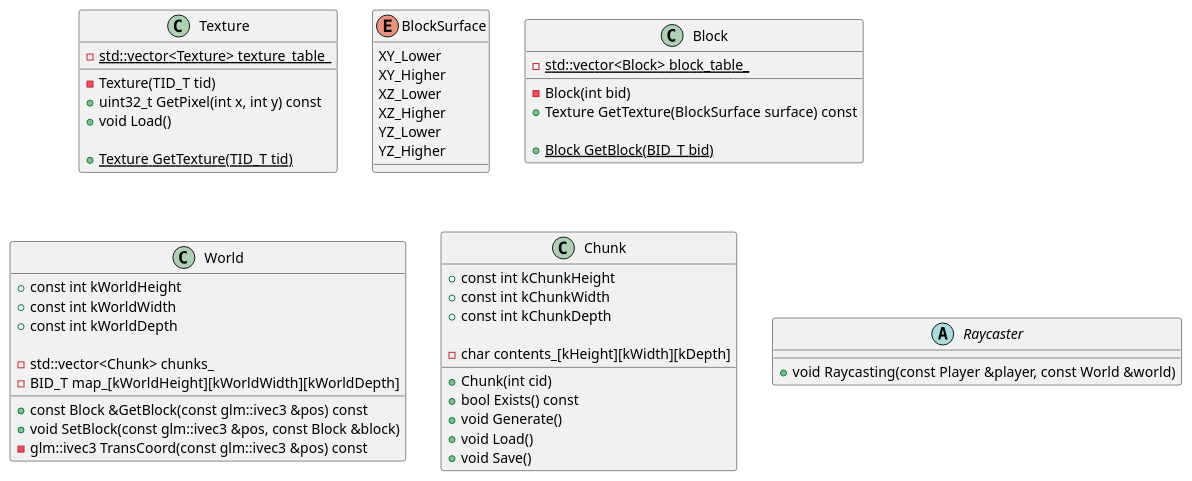
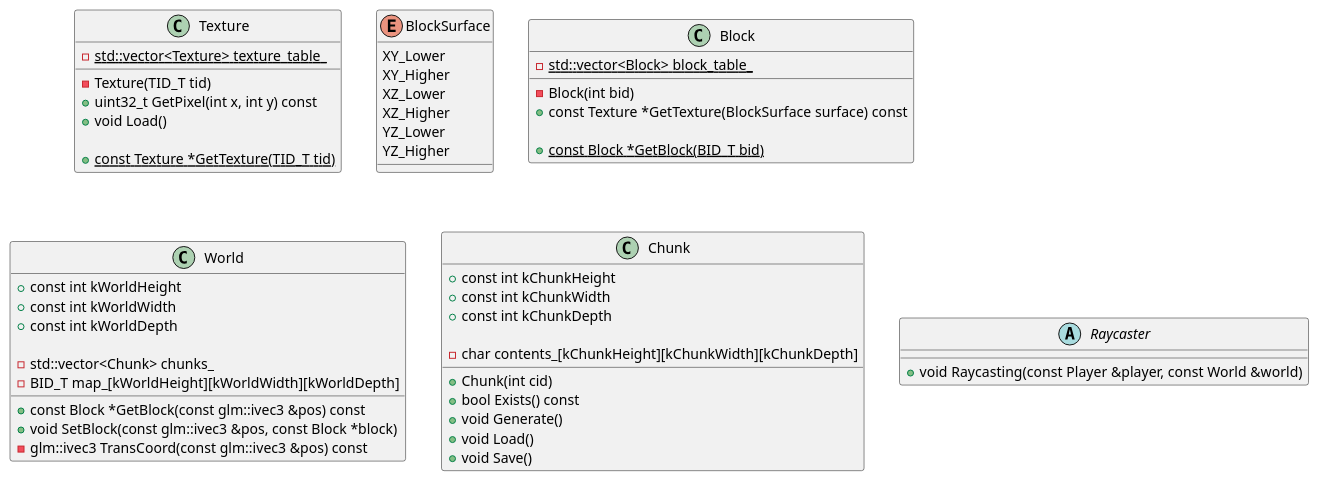
The diagram in ClassDiagram.puml (matajupi/Chibicraft), drawn with PlantUML before and after one commit.

Commit message:
checkout

```diff
--- a/ClassDiagram.puml
+++ b/ClassDiagram.puml
@@ -1,60 +1,59 @@
 @startuml
 
 class Texture {
     - {static} std::vector<Texture> texture_table_
 
     - Texture(TID_T tid)
     + uint32_t GetPixel(int x, int y) const
     + void Load()
 
-    + {static} Texture GetTexture(TID_T tid)
+    + {static} const Texture *GetTexture(TID_T tid)
 }
 
 enum BlockSurface {
     XY_Lower
     XY_Higher
     XZ_Lower
     XZ_Higher
     YZ_Lower
     YZ_Higher
 }
 class Block {
     - {static} std::vector<Block> block_table_
 
     - Block(int bid)
-    + Texture GetTexture(BlockSurface surface) const
+    + const Texture *GetTexture(BlockSurface surface) const
 
-    + {static} Block GetBlock(BID_T bid)
+    + {static} const Block *GetBlock(BID_T bid)
 }
 
 class World {
     + const int kWorldHeight
     + const int kWorldWidth
     + const int kWorldDepth
 
     - std::vector<Chunk> chunks_
     - BID_T map_[kWorldHeight][kWorldWidth][kWorldDepth]
 
-    + const Block &GetBlock(const glm::ivec3 &pos) const
-    + void SetBlock(const glm::ivec3 &pos, const Block &block)
+    + const Block *GetBlock(const glm::ivec3 &pos) const
+    + void SetBlock(const glm::ivec3 &pos, const Block *block)
     - glm::ivec3 TransCoord(const glm::ivec3 &pos) const
 }
 class Chunk {
     + const int kChunkHeight
     + const int kChunkWidth
     + const int kChunkDepth
 
-    - char contents_[kHeight][kWidth][kDepth]
+    - char contents_[kChunkHeight][kChunkWidth][kChunkDepth]
 
     + Chunk(int cid)
     + bool Exists() const
     + void Generate()
     + void Load()
     + void Save()
 }
-
 abstract Raycaster {
     + void Raycasting(const Player &player, const World &world)
 }
 
 @enduml
```
